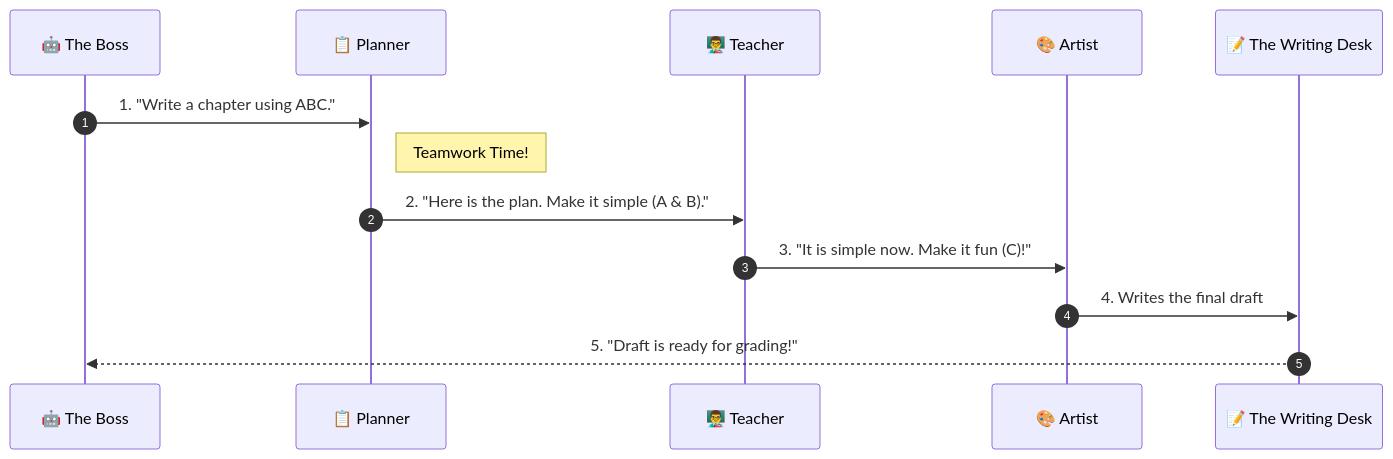
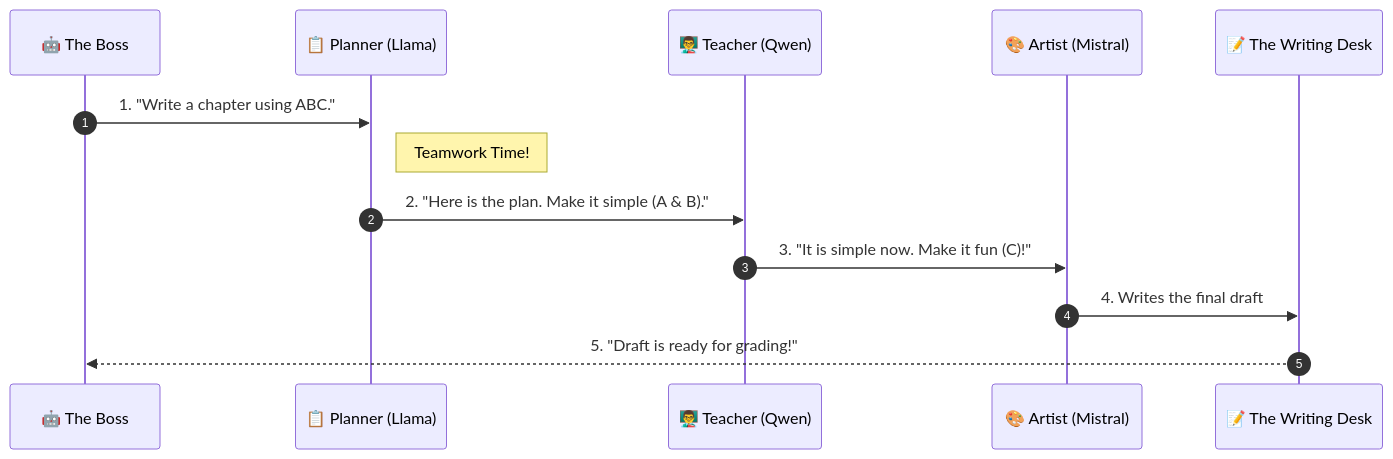
One commit to xlp0/PrologueOfSpacetime changed the second of 4 diagrams in docs/workflows/README.md. Above: the diagram before and after it, drawn with Mermaid. The commit also changed other lines of this file, not shown here.

Commit message:
Docs: Add Soul Cycle Diagram and Update Team Roles in README

````diff
--- a/docs/workflows/README.md
+++ b/docs/workflows/README.md
@@ -85,18 +85,18 @@
 ```mermaid
 sequenceDiagram
     autonumber
     participant Boss as 🤖 The Boss
-    participant Plan as 📋 Planner
-    participant Teach as 👨‍🏫 Teacher
-    participant Art as 🎨 Artist
+    participant Plan as 📋 Planner (Llama)
+    participant Teach as 👨‍🏫 Teacher (Qwen)
+    participant Art as 🎨 Artist (Mistral)
     participant Desk as 📝 The Writing Desk
 
     Boss->>Plan: 1. "Write a chapter using ABC."
     
     Note right of Plan: Teamwork Time!
     Plan->>Teach: 2. "Here is the plan. Make it simple (A & B)."
     Teach->>Art: 3. "It is simple now. Make it fun (C)!"
     Art->>Desk: 4. Writes the final draft
     
     Desk-->>Boss: 5. "Draft is ready for grading!"
 ```
````
